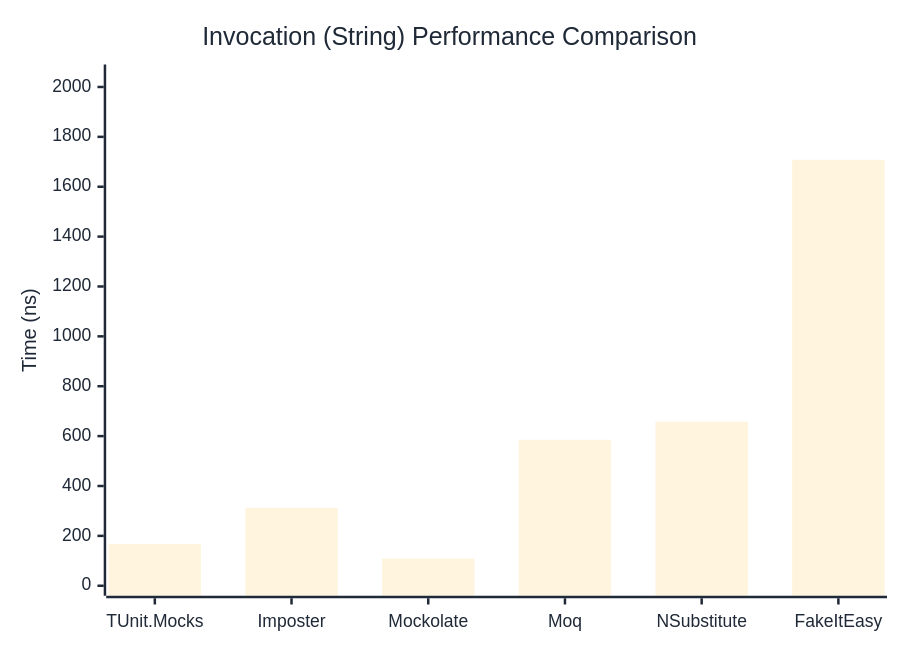
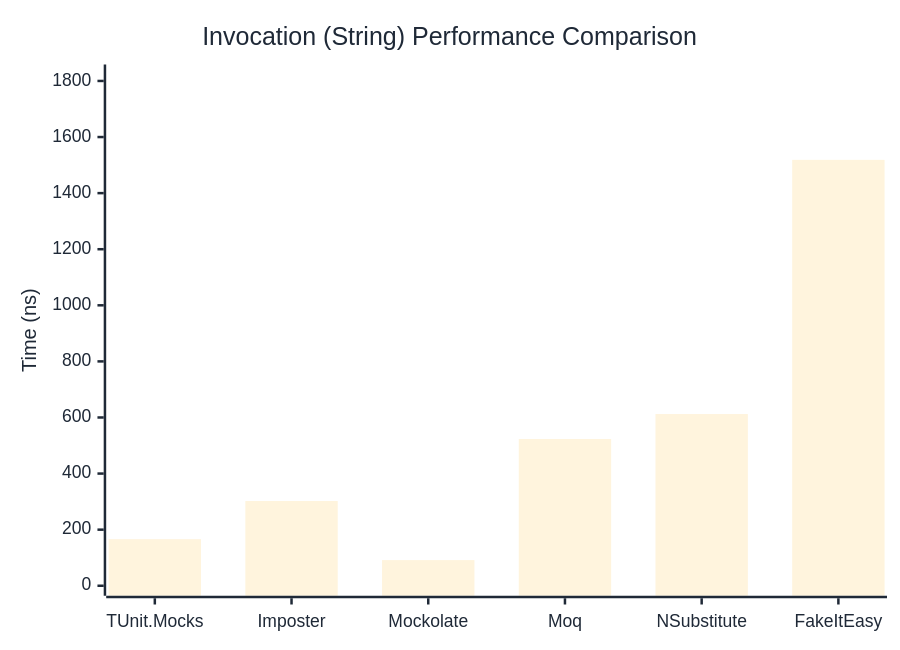
Before and after one commit to thomhurst/TUnit: the second of 3 diagrams in docs/docs/benchmarks/mocks/Invocation.md, drawn with Mermaid. The commit also changed other lines of this file and 14 other files, not shown here.

````diff
--- a/docs/docs/benchmarks/mocks/Invocation.md
+++ b/docs/docs/benchmarks/mocks/Invocation.md
@@ -71,27 +71,27 @@
 ```mermaid
 %%{init: {
   'theme':'base',
   'themeVariables': {
     'primaryColor': '#2563eb',
     'primaryTextColor': '#1f2937',
     'primaryBorderColor': '#1e40af',
     'lineColor': '#6b7280',
     'secondaryColor': '#7c3aed',
     'tertiaryColor': '#dc2626',
     'background': '#ffffff',
     'pie1': '#2563eb',
     'pie2': '#7c3aed',
     'pie3': '#dc2626',
     'pie4': '#f59e0b',
     'pie5': '#10b981',
     'pie6': '#06b6d4',
     'pie7': '#ec4899',
     'pie8': '#6366f1'
   }
 }}%%
 xychart-beta
   title "Invocation (String) Performance Comparison"
   x-axis ["TUnit.Mocks", "Imposter", "Mockolate", "Moq", "NSubstitute", "FakeItEasy"]
-  y-axis "Time (ns)" 0 --> 2050
-  bar [167.9, 312.7, 108.9, 585.1, 657.7, 1707.9]
+  y-axis "Time (ns)" 0 --> 1823
+  bar [166.14, 302.18, 91.49, 523.17, 612.28, 1518.63]
 ```
````
